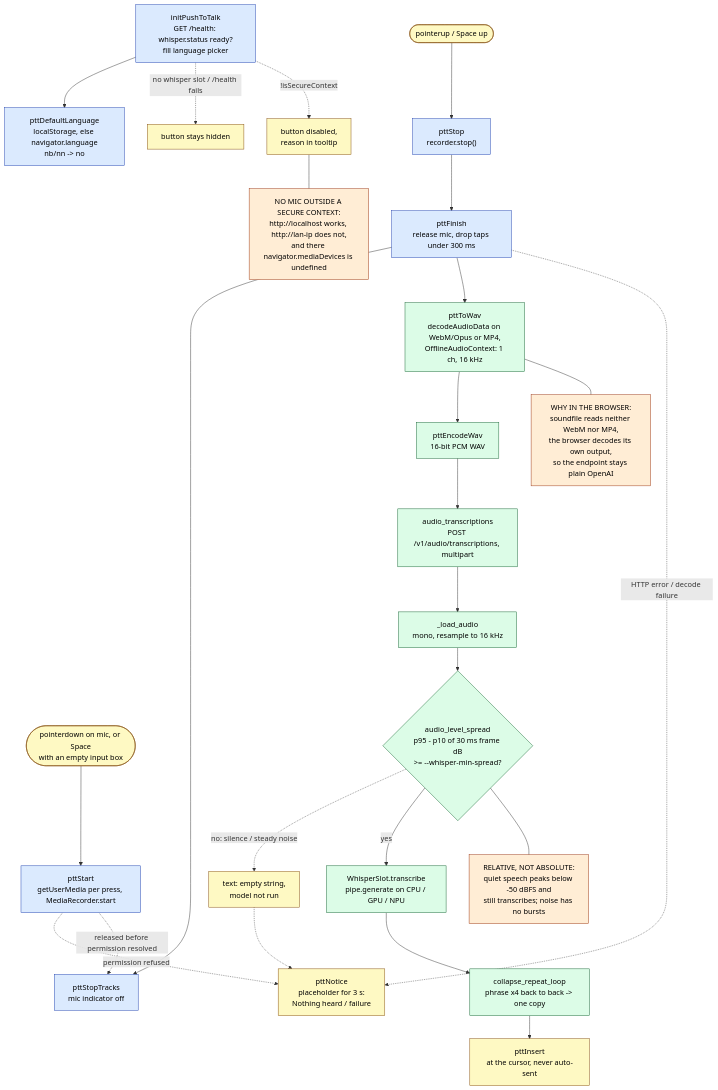
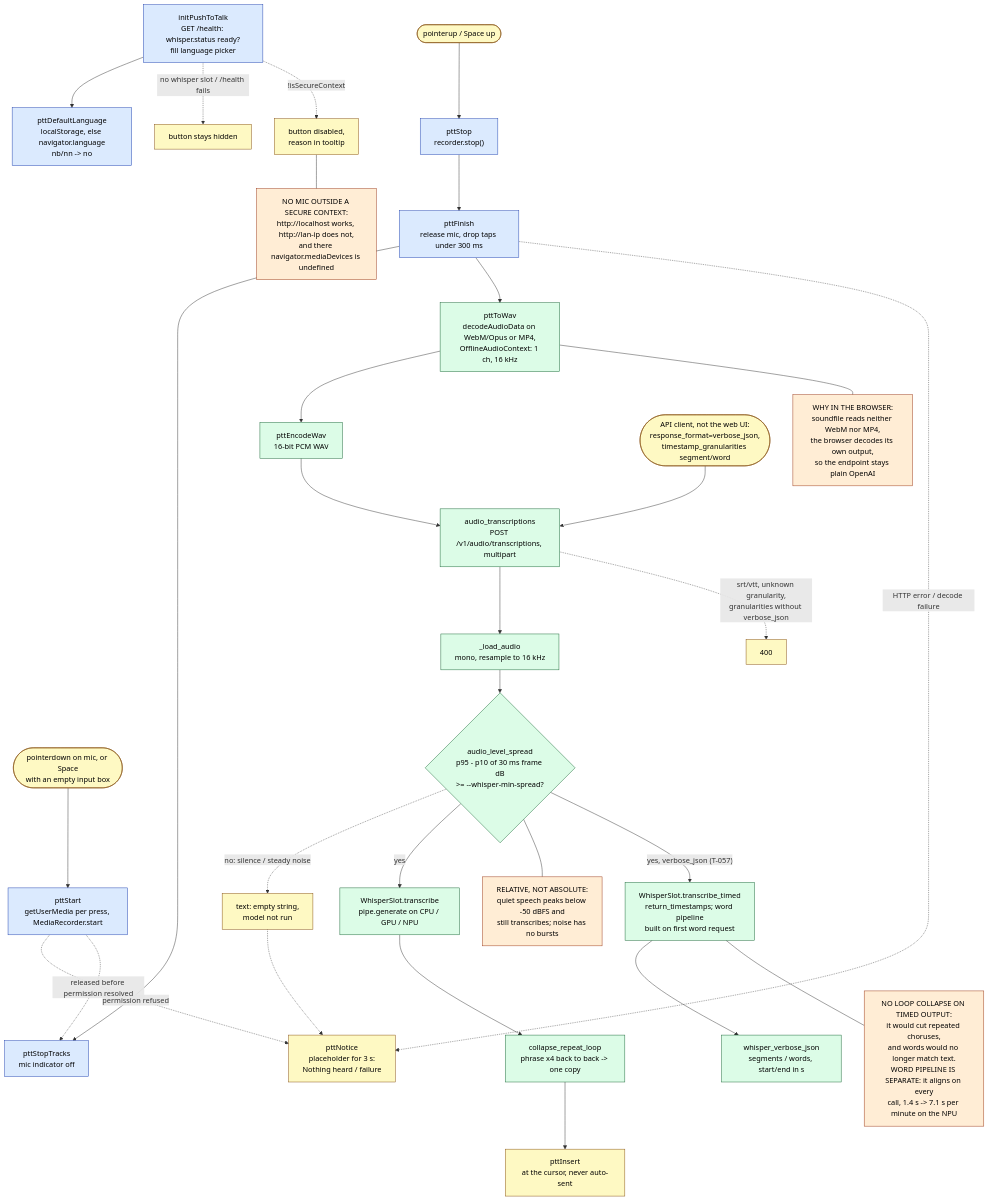
One commit to aweussom/NoLlama changed the diagram in docs/webui-ptt.mmd. Above: the diagram before and after it, drawn with Mermaid. The commit also changed 4 other files, not shown here.

First line of the commit message:
T-057: /v1/audio/transcriptions answers verbose_json with segment and word timestamps

```diff
--- a/docs/webui-ptt.mmd
+++ b/docs/webui-ptt.mmd
@@ -1,53 +1,60 @@
 %% Web UI push-to-talk: press -> record -> browser-side WAV -> Whisper -> input box.
 %% Drawn 2026-10-11 from static/js/app.js (T-045) and nollama.py's Whisper guard.
 %% Legend: solid = normal path, dashed = refused/empty/failure paths,
 %%         ALL-CAPS nodes = prose annotations.
 %% covers: static/js/app.js:initPushToTalk,pttDefaultLanguage,pttStart,pttStop,pttStopTracks,pttFinish,pttToWav,pttEncodeWav,pttInsert,pttNotice
-%% covers: nollama.py:audio_transcriptions,_load_audio,audio_level_spread,collapse_repeat_loop
+%% covers: nollama.py:audio_transcriptions,_load_audio,audio_level_spread,collapse_repeat_loop,transcribe_timed,whisper_verbose_json
 flowchart TB
   initPushToTalk["initPushToTalk<br/>GET /health: whisper.status ready?<br/>fill language picker"]
   pttDefaultLanguage["pttDefaultLanguage<br/>localStorage, else navigator.language<br/>nb/nn -> no"]
   hidden["button stays hidden"]
   disabled["button disabled,<br/>reason in tooltip"]
   SECURE["NO MIC OUTSIDE A SECURE CONTEXT:<br/>http://localhost works, http://lan-ip does not,<br/>and there navigator.mediaDevices is undefined"]
 
   initPushToTalk --> pttDefaultLanguage
   initPushToTalk -.->|"no whisper slot / /health fails"| hidden
   initPushToTalk -.->|"!isSecureContext"| disabled
   disabled --- SECURE
 
   press(["pointerdown on mic, or Space<br/>with an empty input box"]) --> pttStart
   pttStart["pttStart<br/>getUserMedia per press, MediaRecorder.start"]
   pttStart -.->|"permission refused"| pttNotice
   pttStart -.->|"released before permission resolved"| pttStopTracks
   release(["pointerup / Space up"]) --> pttStop
   pttStop["pttStop<br/>recorder.stop()"] --> pttFinish
   pttFinish["pttFinish<br/>release mic, drop taps under 300 ms"]
   pttFinish --> pttStopTracks["pttStopTracks<br/>mic indicator off"]
   pttFinish --> pttToWav
   pttToWav["pttToWav<br/>decodeAudioData on WebM/Opus or MP4,<br/>OfflineAudioContext: 1 ch, 16 kHz"]
   pttToWav --> pttEncodeWav["pttEncodeWav<br/>16-bit PCM WAV"]
   WAVWHY["WHY IN THE BROWSER:<br/>soundfile reads neither WebM nor MP4,<br/>the browser decodes its own output,<br/>so the endpoint stays plain OpenAI"]
   pttToWav --- WAVWHY
 
   pttEncodeWav --> audio_transcriptions["audio_transcriptions<br/>POST /v1/audio/transcriptions, multipart"]
   audio_transcriptions --> _load_audio["_load_audio<br/>mono, resample to 16 kHz"]
   _load_audio --> audio_level_spread{"audio_level_spread<br/>p95 - p10 of 30 ms frame dB<br/>>= --whisper-min-spread?"}
   audio_level_spread -.->|"no: silence / steady noise"| empty["text: empty string,<br/>model not run"]
   audio_level_spread -->|yes| generate["WhisperSlot.transcribe<br/>pipe.generate on CPU / GPU / NPU"]
   generate --> collapse_repeat_loop["collapse_repeat_loop<br/>phrase x4 back to back -> one copy"]
   SPREADWHY["RELATIVE, NOT ABSOLUTE:<br/>quiet speech peaks below -50 dBFS and<br/>still transcribes; noise has no bursts"]
   audio_level_spread --- SPREADWHY
 
   collapse_repeat_loop --> pttInsert["pttInsert<br/>at the cursor, never auto-sent"]
+
+  apiclient(["API client, not the web UI:<br/>response_format=verbose_json,<br/>timestamp_granularities segment/word"]) --> audio_transcriptions
+  audio_transcriptions -.->|"srt/vtt, unknown granularity,<br/>granularities without verbose_json"| bad400["400"]
+  audio_level_spread -->|"yes, verbose_json (T-057)"| transcribe_timed["WhisperSlot.transcribe_timed<br/>return_timestamps; word pipeline<br/>built on first word request"]
+  transcribe_timed --> whisper_verbose_json["whisper_verbose_json<br/>segments / words, start/end in s"]
+  TIMEDWHY["NO LOOP COLLAPSE ON TIMED OUTPUT:<br/>it would cut repeated choruses,<br/>and words would no longer match text.<br/>WORD PIPELINE IS SEPARATE: it aligns on every<br/>call, 1.4 s -> 7.1 s per minute on the NPU"]
+  transcribe_timed --- TIMEDWHY
   empty -.-> pttNotice["pttNotice<br/>placeholder for 3 s:<br/>Nothing heard / failure"]
   pttFinish -.->|"HTTP error / decode failure"| pttNotice
 
   classDef route fill:#dbeafe,stroke:#1e40af,color:#000
   classDef gen fill:#dcfce7,stroke:#166534,color:#000
   classDef client fill:#fef9c3,stroke:#854d0e,color:#000
   classDef warn fill:#ffedd5,stroke:#9a3412,color:#000
   class initPushToTalk,pttDefaultLanguage,pttStart,pttStop,pttFinish,pttStopTracks route
-  class pttToWav,pttEncodeWav,audio_transcriptions,_load_audio,audio_level_spread,generate,collapse_repeat_loop gen
-  class press,release,pttInsert,pttNotice,hidden,disabled,empty client
-  class SECURE,WAVWHY,SPREADWHY warn
+  class pttToWav,pttEncodeWav,audio_transcriptions,_load_audio,audio_level_spread,generate,collapse_repeat_loop,transcribe_timed,whisper_verbose_json gen
+  class press,release,pttInsert,pttNotice,hidden,disabled,empty,apiclient,bad400 client
+  class SECURE,WAVWHY,SPREADWHY,TIMEDWHY warn
```
